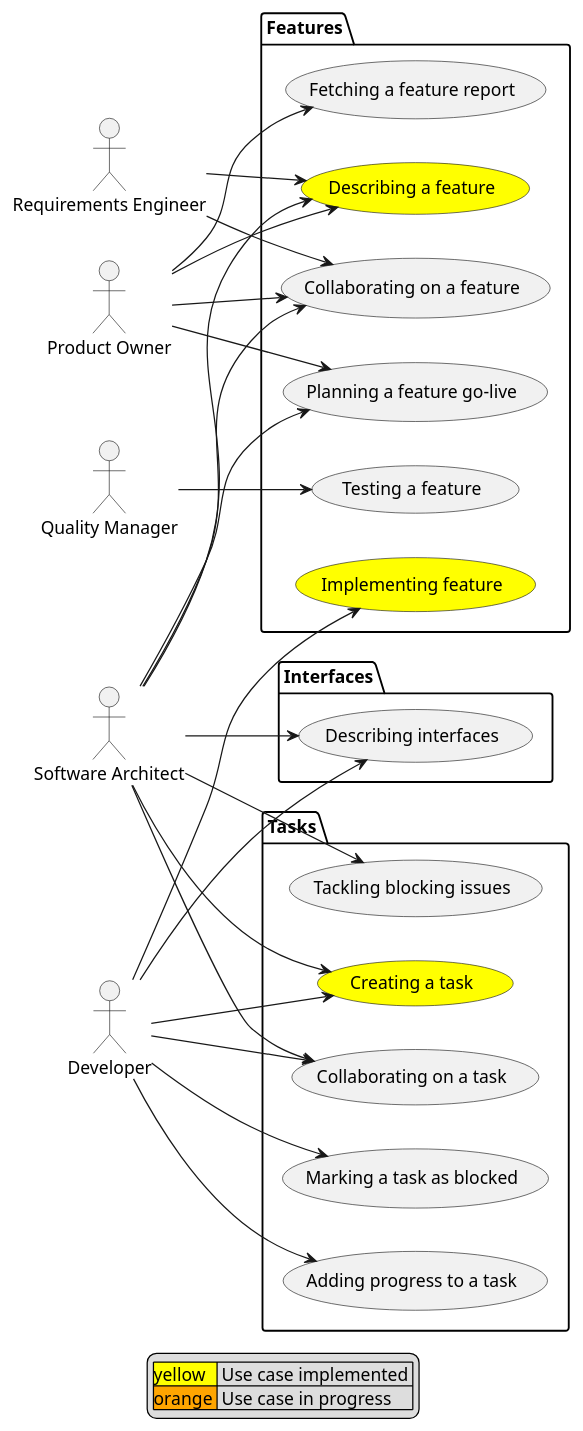
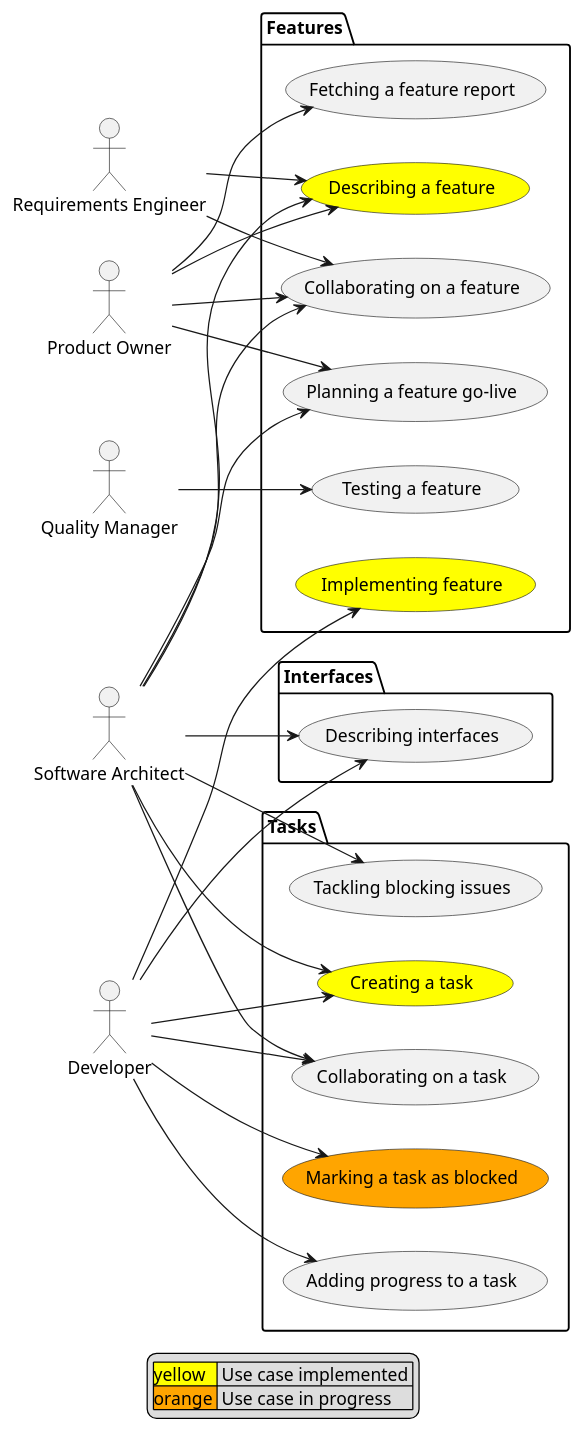
The diagram in docs/use-cases.plantuml (huberchrigu/give-me-features), drawn with PlantUML before and after one commit. The commit also changed 25 other files, not shown here.

```diff
--- a/docs/use-cases.plantuml
+++ b/docs/use-cases.plantuml
@@ -1,66 +1,66 @@
 @startuml
 left to right direction
 
 :Developer:
 :Product Owner: as PO
 :Requirements Engineer: as RE
 :Software Architect: as Architect
 :Quality Manager: as QM
 
 package Features {
 (Describing a feature) as NewFeature #yellow
 (Implementing feature) as FeatureImplementation #yellow
 (Fetching a feature report) as Report
 (Planning a feature go-live) as GoLive
 (Collaborating on a feature) as CollabFeature
 (Testing a feature) as Testing
 }
 
 package Tasks {
 (Creating a task) as NewTask #yellow
 (Adding progress to a task) as Progress
-(Marking a task as blocked) as Blocked
+(Marking a task as blocked) as Blocked #orange
 (Tackling blocking issues) as Tackling
 (Collaborating on a task) as CollabTask
 }
 package Interfaces {
 (Describing interfaces) as NewInterface
 }
 
 RE --> NewFeature
 Architect --> NewFeature
 PO --> NewFeature
 
 Developer --> FeatureImplementation
 Developer --> NewTask
 Architect --> NewTask
 
 Developer --> Progress
 
 Developer --> Blocked
 
 PO --> Report
 
 Architect --> Tackling
 
 Architect --> GoLive
 PO --> GoLive
 
 Architect --> NewInterface
 Developer --> NewInterface
 
 RE --> CollabFeature
 Architect --> CollabFeature
 PO --> CollabFeature
 
 Architect --> CollabTask
 Developer --> CollabTask
 
 QM --> Testing
 
 legend
   | <#yellow>yellow  | Use case implemented |
   | <#orange>orange | Use case in progress |
 end legend
 
 @enduml
```
